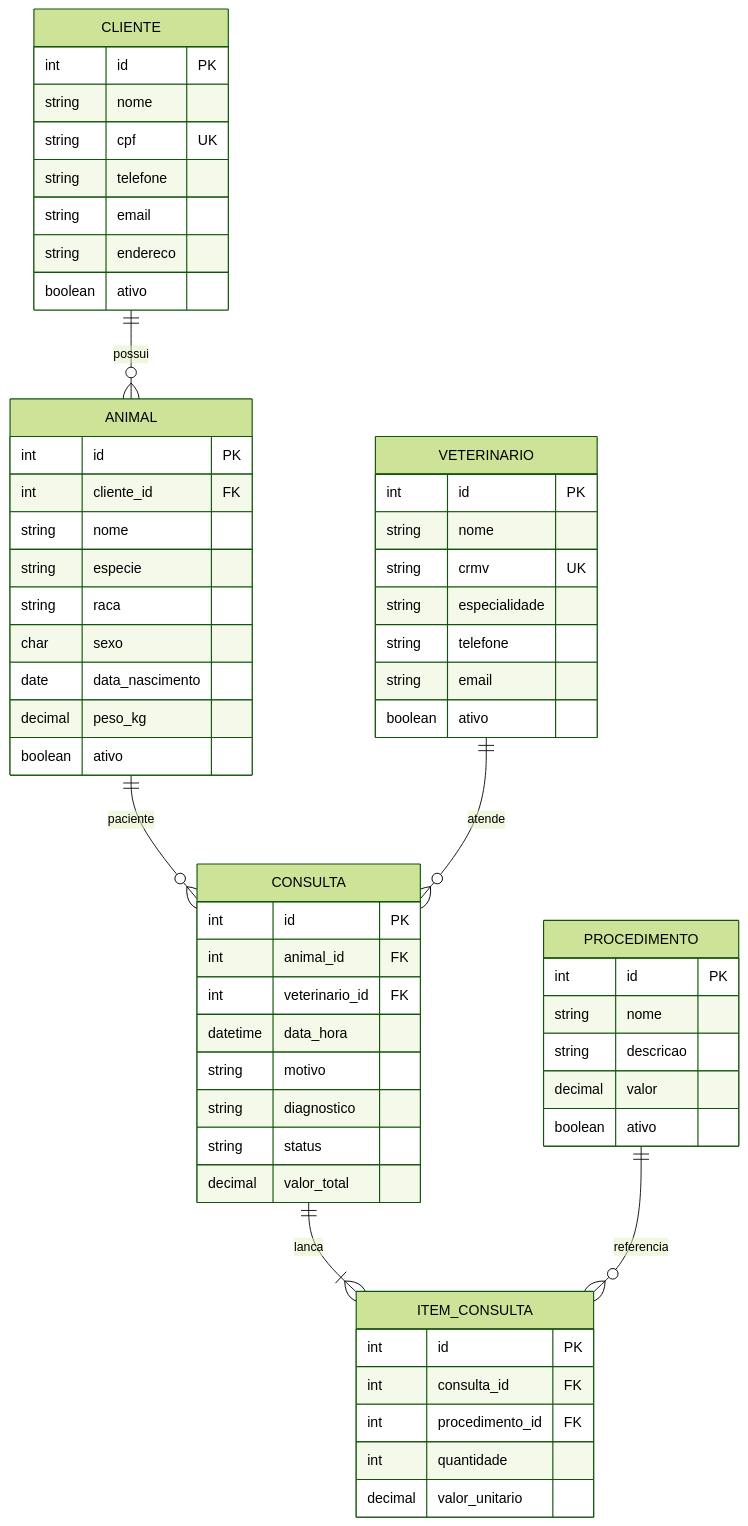
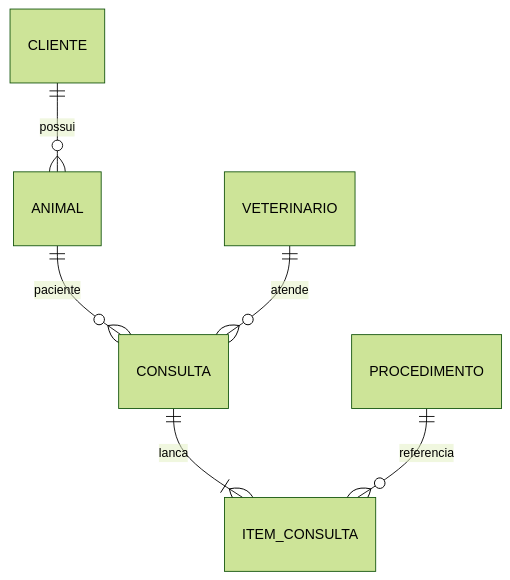
One commit to andersonniprus/vetcare-atividade-poo changed the second of 2 diagrams in README.md. Above: the diagram before and after it, drawn with Mermaid (forest theme). The commit also changed other lines of this file and 29 other files, not shown here.

````diff
--- a/README.md
+++ b/README.md
@@ -114,62 +67,8 @@
 ```mermaid
 erDiagram
     CLIENTE ||--o{ ANIMAL : possui
     ANIMAL ||--o{ CONSULTA : paciente
     VETERINARIO ||--o{ CONSULTA : atende
     CONSULTA ||--|{ ITEM_CONSULTA : lanca
     PROCEDIMENTO ||--o{ ITEM_CONSULTA : referencia
-
-    CLIENTE {
-        int id PK
-        string nome
-        string cpf UK
-        string telefone
-        string email
-        string endereco
-        boolean ativo
-    }
-    ANIMAL {
-        int id PK
-        int cliente_id FK
-        string nome
-        string especie
-        string raca
-        char sexo
-        date data_nascimento
-        decimal peso_kg
-        boolean ativo
-    }
-    VETERINARIO {
-        int id PK
-        string nome
-        string crmv UK
-        string especialidade
-        string telefone
-        string email
-        boolean ativo
-    }
-    CONSULTA {
-        int id PK
-        int animal_id FK
-        int veterinario_id FK
-        datetime data_hora
-        string motivo
-        string diagnostico
-        string status
-        decimal valor_total
-    }
-    PROCEDIMENTO {
-        int id PK
-        string nome
-        string descricao
-        decimal valor
-        boolean ativo
-    }
-    ITEM_CONSULTA {
-        int id PK
-        int consulta_id FK
-        int procedimento_id FK
-        int quantidade
-        decimal valor_unitario
-    }
 ```
````
